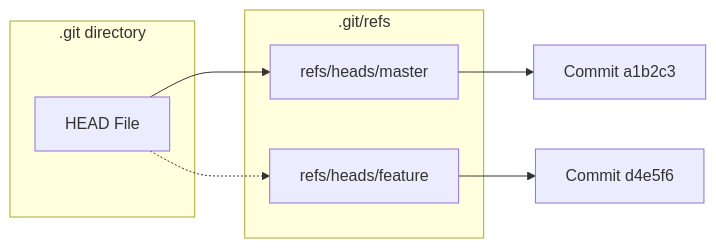
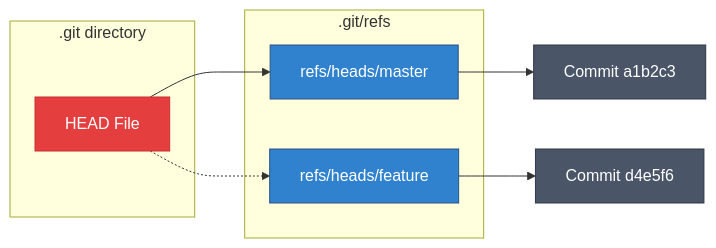
Before and after one commit to VrianCao/GitTour: the diagram in src/content/docs/06-internals/03-refs.md, drawn with Mermaid. The commit also changed 10 other files, not shown here.

First line of the commit message:
style: optimize Mermaid diagrams for light/dark mode

````diff
--- a/src/content/docs/06-internals/03-refs.md
+++ b/src/content/docs/06-internals/03-refs.md
@@ -84,17 +84,25 @@
 ```mermaid
 graph LR
     HEAD[HEAD File] --> RefMaster[refs/heads/master]
     HEAD -.-> RefFeature[refs/heads/feature]
     
     RefMaster --> C1[Commit a1b2c3]
     RefFeature --> C2[Commit d4e5f6]
     
     subgraph .git/refs
         RefMaster
         RefFeature
     end
     
     subgraph .git directory
         HEAD
     end
+    
+    classDef head fill:#e53e3e,stroke:#c53030,color:#fff
+    classDef branch fill:#3182ce,stroke:#2c5282,color:#fff
+    classDef commit fill:#4a5568,stroke:#2d3748,color:#fff
+    
+    class HEAD head
+    class RefMaster,RefFeature branch
+    class C1,C2 commit
 ```
````
